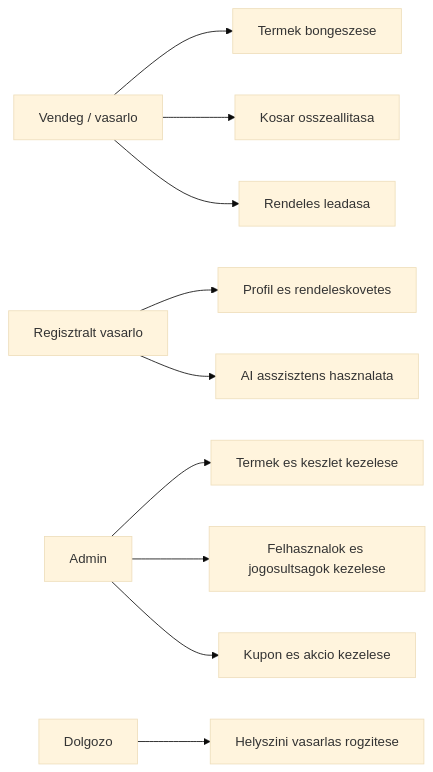
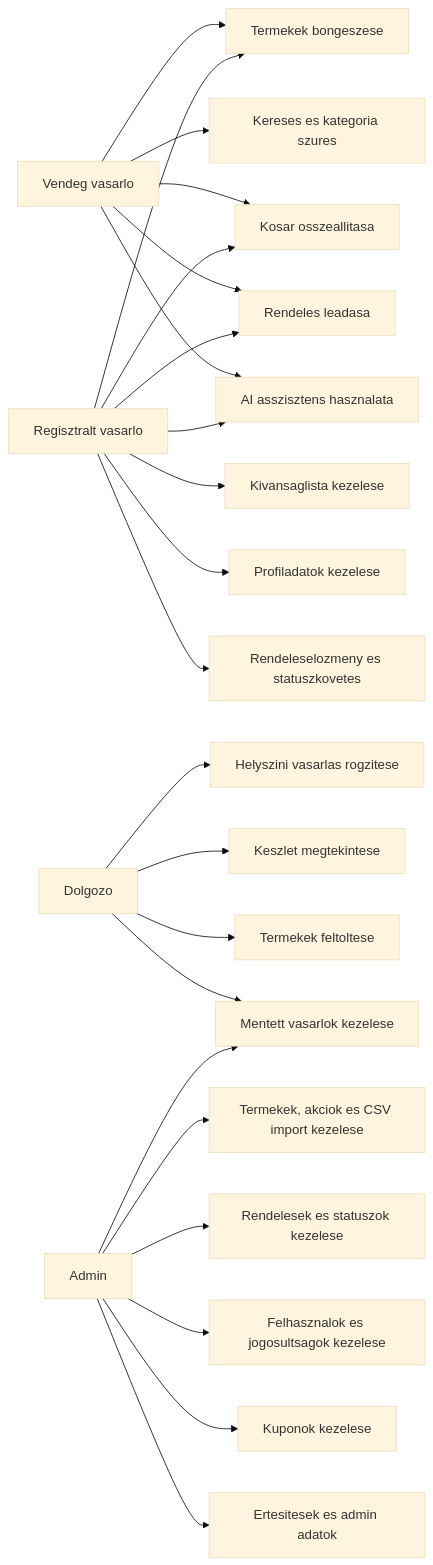
Before and after one commit to deadinsideDawe/TDLWebshop: the first of 8 diagrams in docs/02_architecture/thesis_diagrams.md, drawn with Mermaid (base theme). The commit also changed other lines of this file and 19 other files, not shown here.

````diff
--- a/docs/02_architecture/thesis_diagrams.md
+++ b/docs/02_architecture/thesis_diagrams.md
@@ -7,12 +35,33 @@
 ```mermaid
 flowchart LR
-  Vendeg["Vendeg / vasarlo"] --> Bongeszes["Termek bongeszese"]
-  Vendeg --> Kosar["Kosar osszeallitasa"]
-  Vendeg --> Checkout["Rendeles leadasa"]
-  Vasarlo["Regisztralt vasarlo"] --> Profil["Profil es rendeleskovetes"]
-  Admin["Admin"] --> TermekAdmin["Termek es keszlet kezelese"]
-  Admin --> UserAdmin["Felhasznalok es jogosultsagok kezelese"]
-  Admin --> Kupon["Kupon es akcio kezelese"]
-  Dolgozo["Dolgozo"] --> Helyszini["Helyszini vasarlas rogzitese"]
-  Vasarlo --> AI["AI asszisztens hasznalata"]
+  Guest["Vendeg vasarlo"]
+  Customer["Regisztralt vasarlo"]
+  Staff["Dolgozo"]
+  Admin["Admin"]
+
+  Guest --> Browse["Termekek bongeszese"]
+  Guest --> Search["Kereses es kategoria szures"]
+  Guest --> Cart["Kosar osszeallitasa"]
+  Guest --> Checkout["Rendeles leadasa"]
+  Guest --> AiAssistant["AI asszisztens hasznalata"]
+
+  Customer --> Browse
+  Customer --> Cart
+  Customer --> Checkout
+  Customer --> Wishlist["Kivansaglista kezelese"]
+  Customer --> Profile["Profiladatok kezelese"]
+  Customer --> OrderHistory["Rendeleselozmeny es statuszkovetes"]
+  Customer --> AiAssistant
+
+  Staff --> LocalSale["Helyszini vasarlas rogzitese"]
+  Staff --> Inventory["Keszlet megtekintese"]
+  Staff --> ProductUpload["Termekek feltoltese"]
+  Staff --> SavedCustomers["Mentett vasarlok kezelese"]
+
+  Admin --> ProductMgmt["Termekek, akciok es CSV import kezelese"]
+  Admin --> OrderMgmt["Rendelesek es statuszok kezelese"]
+  Admin --> UserMgmt["Felhasznalok es jogosultsagok kezelese"]
+  Admin --> CouponMgmt["Kuponok kezelese"]
+  Admin --> Reports["Ertesitesek es admin adatok"]
+  Admin --> SavedCustomers
 ```
````
